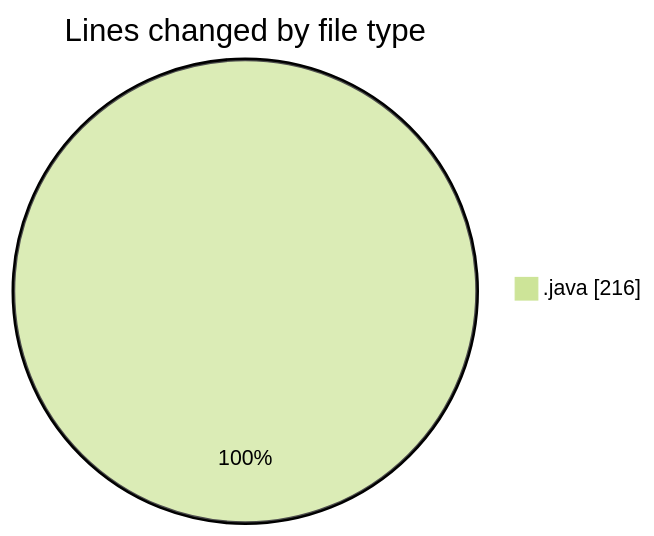
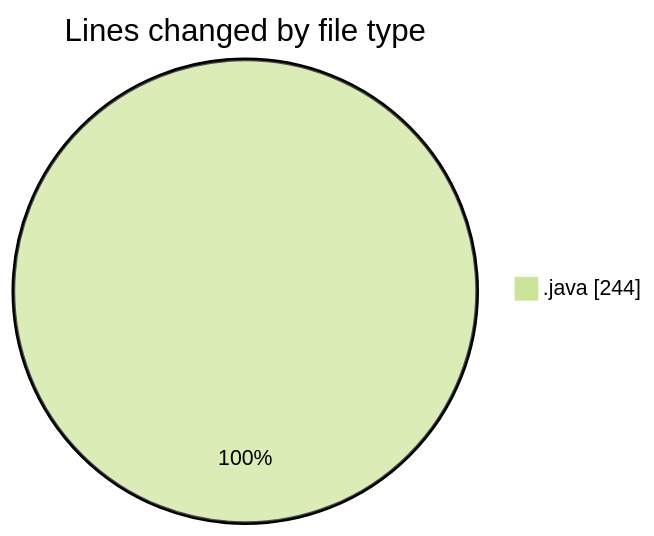
One commit to ricardozamudiocil/code-tracking changed the first of 2 diagrams in 2026-05-22/cilapp/README.md. Above: the diagram before and after it, drawn with Mermaid (forest theme). The commit also changed other lines of this file and 1 other file, not shown here.

````diff
--- a/2026-05-22/cilapp/README.md
+++ b/2026-05-22/cilapp/README.md
@@ -20,5 +20,5 @@
 ```mermaid
 pie showData
 title Lines changed by file type
-".java" : 216
+".java" : 244
 ```
````
